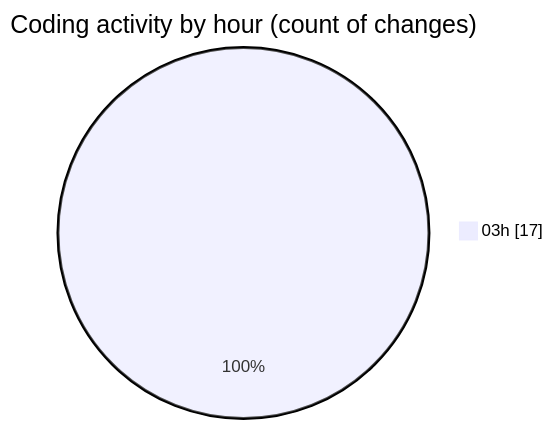
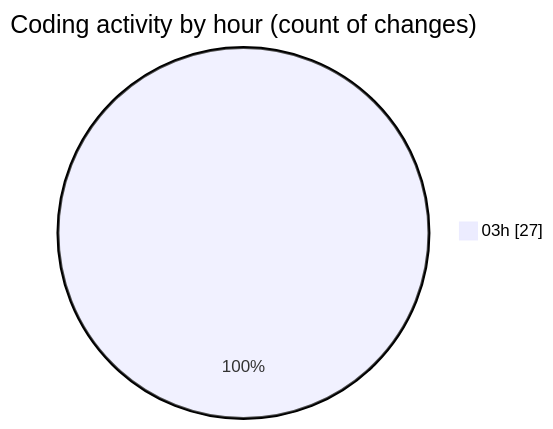
One commit to Ritupan-Deka/code-tracking changed the second of 2 diagrams in 2025-05-03/realtimecollaborativeapp/README.md. Above: the diagram before and after it, drawn with Mermaid. The commit also changed other lines of this file and 1 other file, not shown here.

````diff
--- a/2025-05-03/realtimecollaborativeapp/README.md
+++ b/2025-05-03/realtimecollaborativeapp/README.md
@@ -28,5 +28,5 @@
 ```mermaid
 pie showData
 title Coding activity by hour (count of changes)
-"03h" : 17
+"03h" : 27
 ```
````
